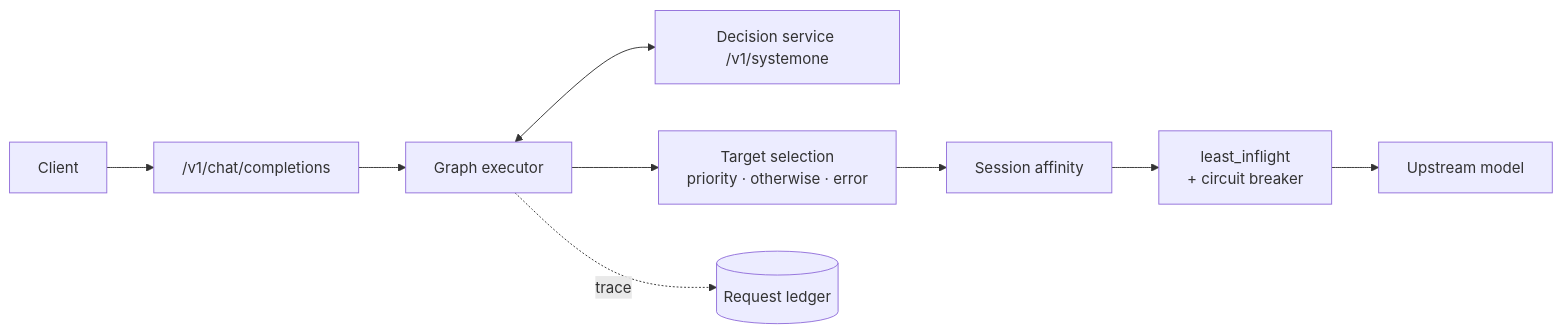
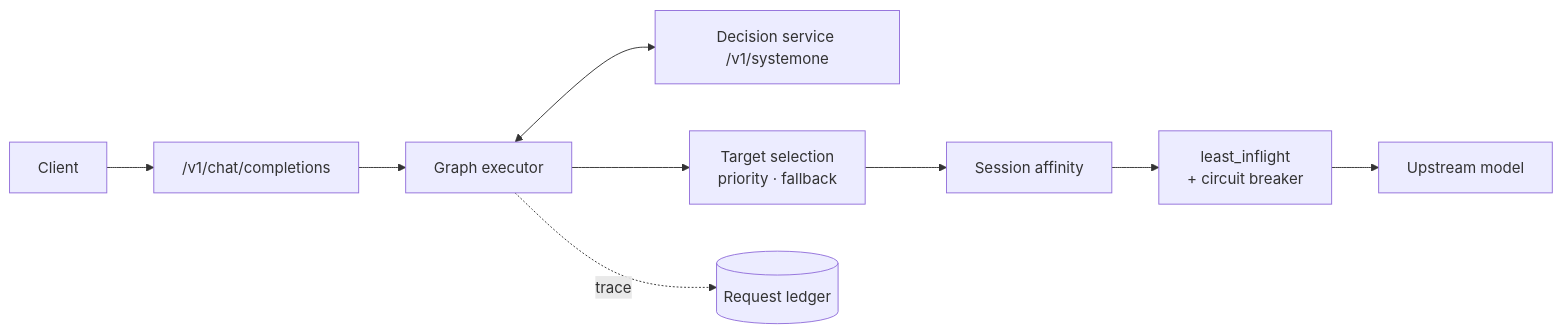
The diagram in README.md (Wayfinder-one/RoutePilot), drawn with Mermaid before and after one commit. The commit also changed other lines of this file and 33 other files, not shown here.

Commit message:
feat(routing): unify otherwise and error fallback

````diff
--- a/README.md
+++ b/README.md
@@ -22,11 +22,11 @@
 ```mermaid
 flowchart LR
   C[Client] --> V["/v1/chat/completions"]
   V --> G[Graph executor]
   G <--> J["Decision service /v1/systemone"]
-  G --> T["Target selection<br/>priority · otherwise · error"]
+  G --> T["Target selection<br/>priority · fallback"]
   T --> A[Session affinity]
   A --> L["least_inflight<br/>+ circuit breaker"]
   L --> U[Upstream model]
   G -. trace .-> R[(Request ledger)]
 ```
````
